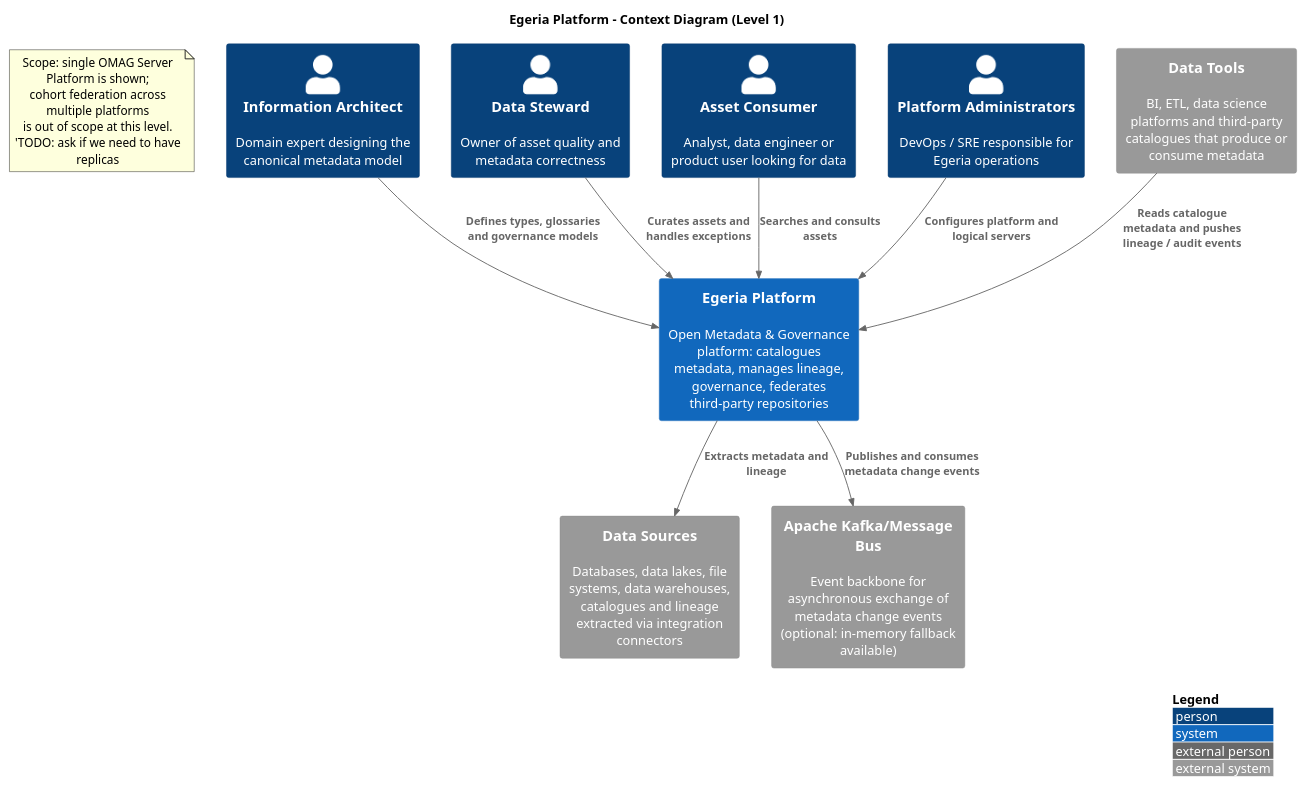
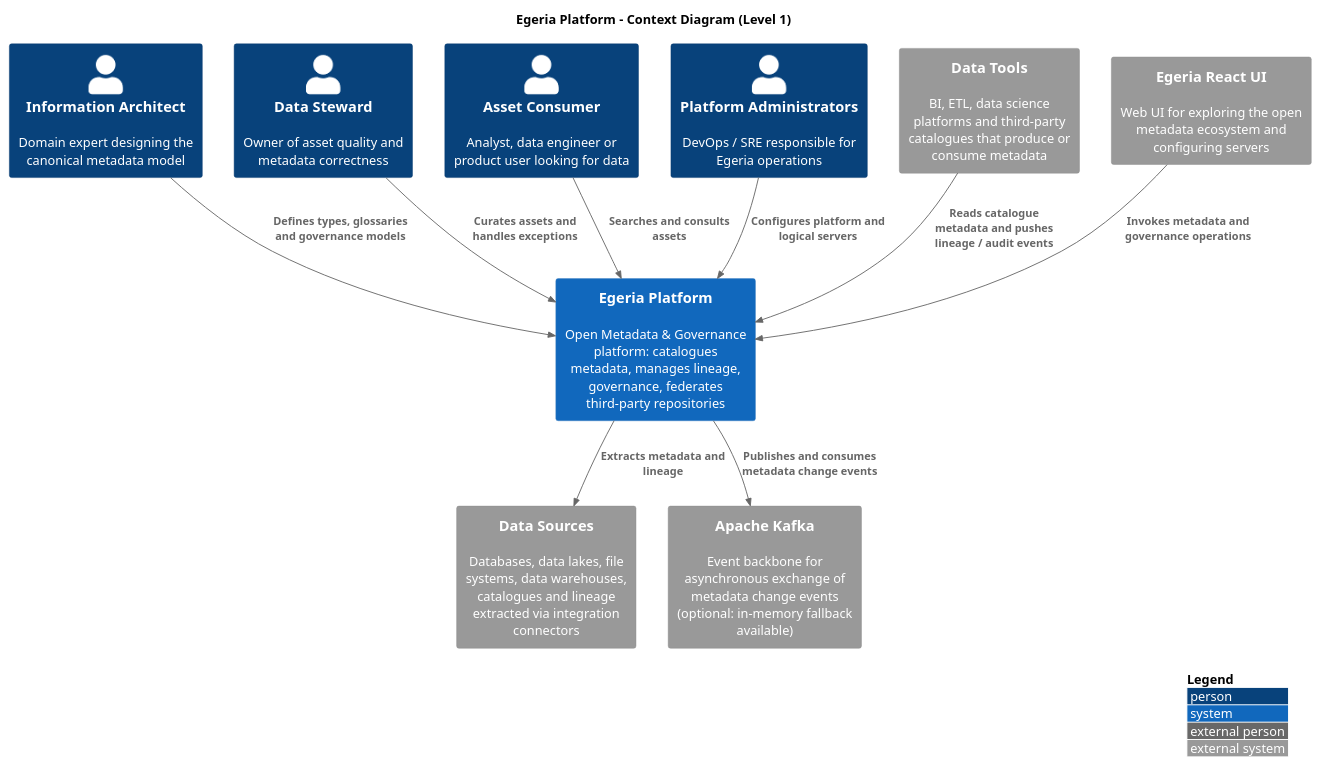
The diagram in diagrams/c4/context.puml (PoliTO-SwDA-2026-Team18/project), drawn with PlantUML before and after one commit. The commit also changed 3 other files, not shown here.

Commit message:
edit: review of context and container c4 diagram after feedback

```diff
--- a/diagrams/c4/context.puml
+++ b/diagrams/c4/context.puml
@@ -1,39 +1,32 @@
 @startuml C4_Context_Egeria
 !include https://raw.githubusercontent.com/plantuml-stdlib/C4-PlantUML/master/C4_Context.puml
 
 LAYOUT_WITH_LEGEND()
 
 title Egeria Platform - Context Diagram (Level 1)
 
-note as N1
-  Scope: single OMAG Server Platform is shown; 
-  cohort federation across multiple platforms 
-  is out of scope at this level. 'TODO: ask if we need to have replicas
-end note
-
-' By definitions of the documentation
 Person(architect, "Information Architect", "Domain expert designing the canonical metadata model")
 Person(steward,   "Data Steward",          "Owner of asset quality and metadata correctness")
 Person(consumer,  "Asset Consumer",        "Analyst, data engineer or product user looking for data")
 Person(admin,     "Platform Administrators","DevOps / SRE responsible for Egeria operations")
 
 System(egeria, "Egeria Platform", "Open Metadata & Governance platform: catalogues metadata, manages lineage, governance, federates third-party repositories")
-' TODO: ask if this description is useful of is just noise bcause of the definition in other parts of the arch doc
 
 System_Ext(dataSources,   "Data Sources", "Databases, data lakes, file systems, data warehouses, catalogues and lineage extracted via integration connectors")
 System_Ext(externalTools, "Data Tools",   "BI, ETL, data science platforms and third-party catalogues that produce or consume metadata")
-System_Ext(kafka,         "Apache Kafka/Message Bus", "Event backbone for asynchronous exchange of metadata change events (optional: in-memory fallback available)")
-' TODO: ask if we can write here Kafka or we have to consider the default situation
+System_Ext(kafka,         "Apache Kafka", "Event backbone for asynchronous exchange of metadata change events (optional: in-memory fallback available)")
+System_Ext(ui,            "Egeria React UI", "Web UI for exploring the open metadata ecosystem and configuring servers")
 
 Rel(architect, egeria, "Defines types, glossaries and governance models")
 Rel(steward,   egeria, "Curates assets and handles exceptions")
 Rel(consumer,  egeria, "Searches and consults assets")
 Rel(admin,     egeria, "Configures platform and logical servers")
 
 Rel(egeria, dataSources,   "Extracts metadata and lineage")
 Rel(egeria, kafka,         "Publishes and consumes metadata change events")
+Rel(ui, egeria, "Invokes metadata and governance operations")
 Rel(externalTools, egeria, "Reads catalogue metadata and pushes lineage / audit events")
 ' TODO: arrow direction: egeria ussually starts the interaction with the internal integration connectors (do pull of datasources and tools)
 ' The external tools queries catalogue metadata (opposite direction)
 
 @enduml
```
